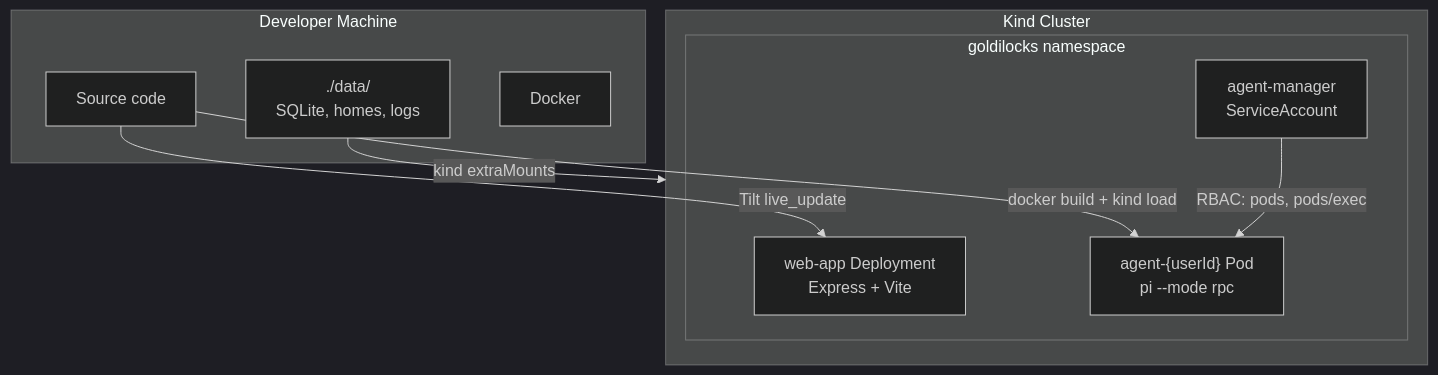
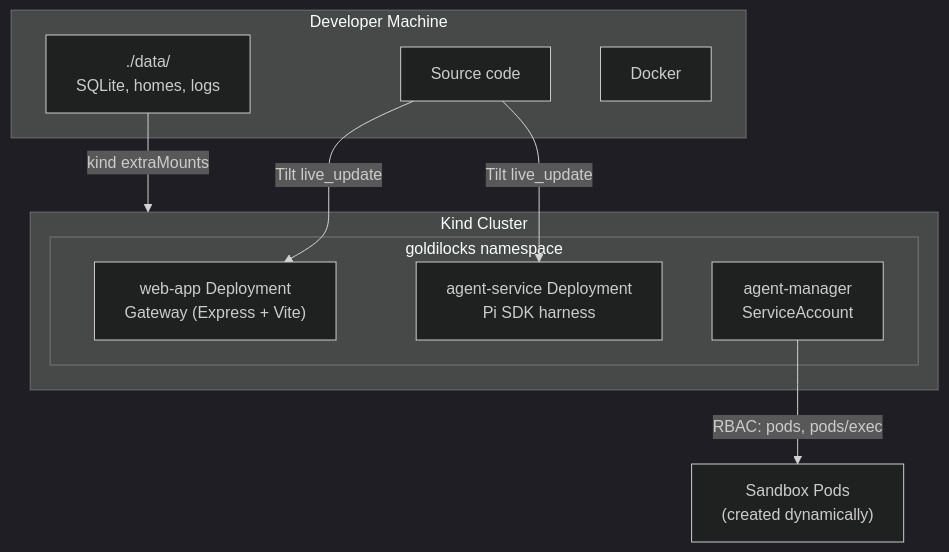
One commit to sigilmakes/goldilocks-app changed the diagram in docs/architecture/deployment.md. Above: the diagram before and after it, drawn with Mermaid (dark theme). The commit also changed other lines of this file and 7 other files, not shown here.

First line of the commit message:
docs: rewrite architecture docs for agent-service topology

````diff
--- a/docs/architecture/deployment.md
+++ b/docs/architecture/deployment.md
@@ -5,20 +5,20 @@
 ```mermaid
 graph TD
     subgraph Host["Developer Machine"]
         Code["Source code"]
         Data["./data/<br/>SQLite, homes, logs"]
         Docker["Docker"]
     end
     subgraph Kind["Kind Cluster"]
         subgraph NS["goldilocks namespace"]
-            Web["web-app Deployment<br/>Express + Vite"]
-            Agent["agent-{userId} Pod<br/>pi --mode rpc"]
+            Web["web-app Deployment<br/>Gateway (Express + Vite)"]
+            AgentSvc["agent-service Deployment<br/>Pi SDK harness"]
             SA["agent-manager<br/>ServiceAccount"]
         end
     end
 
     Code -->|"Tilt live_update"| Web
-    Code -->|"docker build + kind load"| Agent
+    Code -->|"Tilt live_update"| AgentSvc
     Data -->|"kind extraMounts"| Kind
-    SA -->|"RBAC: pods, pods/exec"| Agent
+    SA -->|"RBAC: pods, pods/exec"| Pod["Sandbox Pods<br/>(created dynamically)"]
 ```
````
